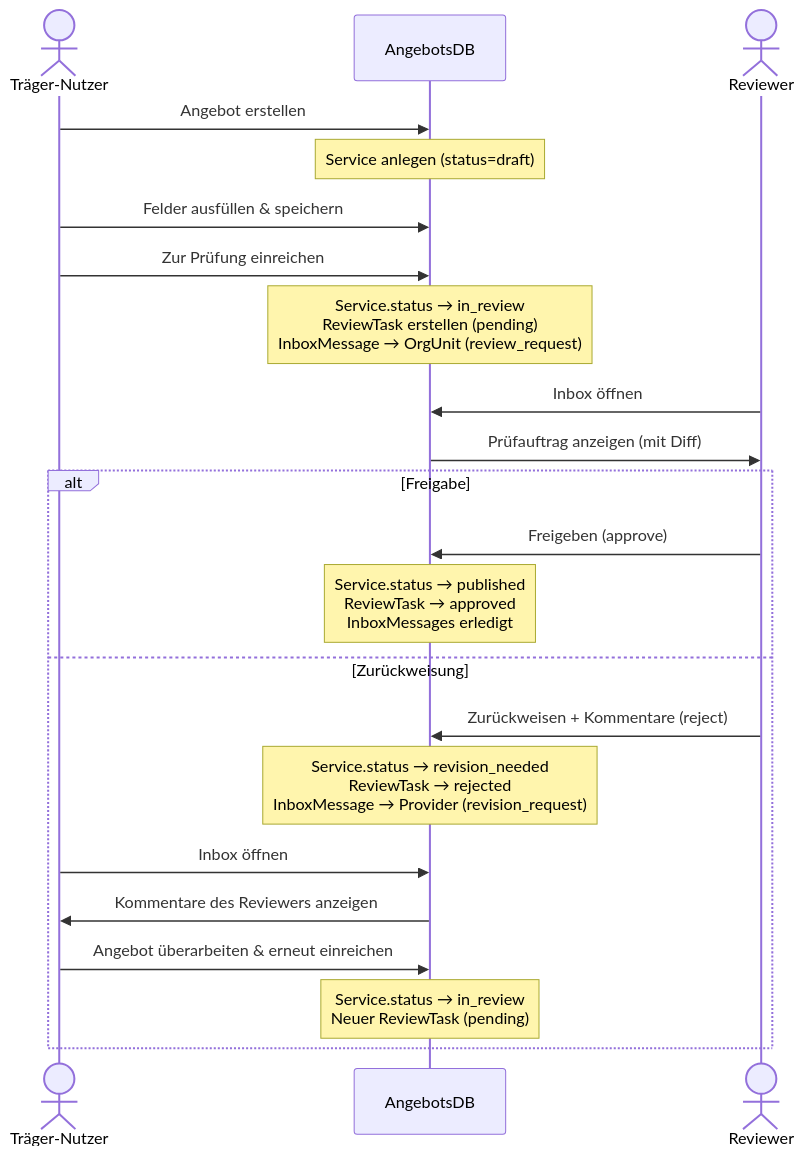
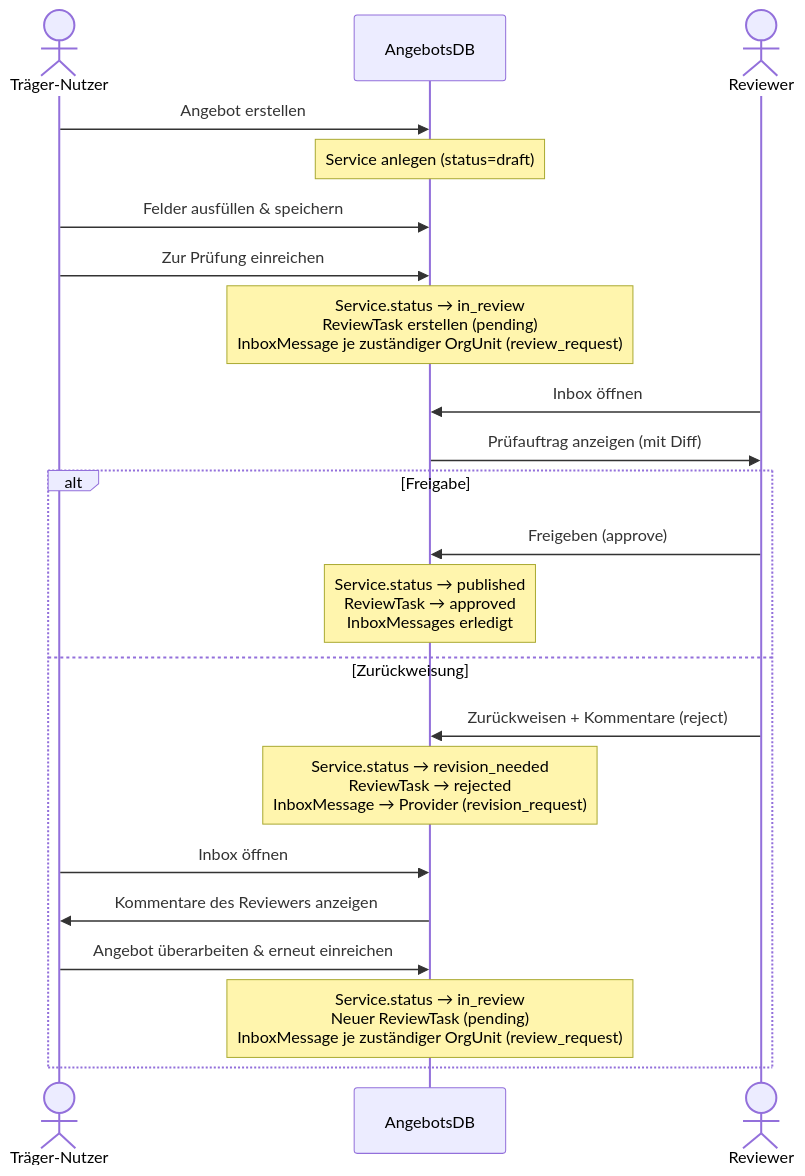
The second of 3 diagrams in angebotsdb/docs/redaktionsprozess.md (rostock/datenwerft), drawn with Mermaid before and after one commit. The commit also changed 14 other files, not shown here.

````diff
--- a/angebotsdb/docs/redaktionsprozess.md
+++ b/angebotsdb/docs/redaktionsprozess.md
@@ -33,28 +33,28 @@
 ```mermaid
 sequenceDiagram
     actor T as Träger-Nutzer
     participant App as AngebotsDB
     actor R as Reviewer
 
     T->>App: Angebot erstellen
     Note over App: Service anlegen (status=draft)
     T->>App: Felder ausfüllen & speichern
 
     T->>App: Zur Prüfung einreichen
-    Note over App: Service.status → in_review<br/>ReviewTask erstellen (pending)<br/>InboxMessage → OrgUnit (review_request)
+    Note over App: Service.status → in_review<br/>ReviewTask erstellen (pending)<br/>InboxMessage je zuständiger OrgUnit (review_request)
 
     R->>App: Inbox öffnen
     App->>R: Prüfauftrag anzeigen (mit Diff)
 
     alt Freigabe
         R->>App: Freigeben (approve)
         Note over App: Service.status → published<br/>ReviewTask → approved<br/>InboxMessages erledigt
     else Zurückweisung
         R->>App: Zurückweisen + Kommentare (reject)
         Note over App: Service.status → revision_needed<br/>ReviewTask → rejected<br/>InboxMessage → Provider (revision_request)
         T->>App: Inbox öffnen
         App->>T: Kommentare des Reviewers anzeigen
         T->>App: Angebot überarbeiten & erneut einreichen
-        Note over App: Service.status → in_review<br/>Neuer ReviewTask (pending)
+        Note over App: Service.status → in_review<br/>Neuer ReviewTask (pending)<br/>InboxMessage je zuständiger OrgUnit (review_request)
     end
 ```
````
